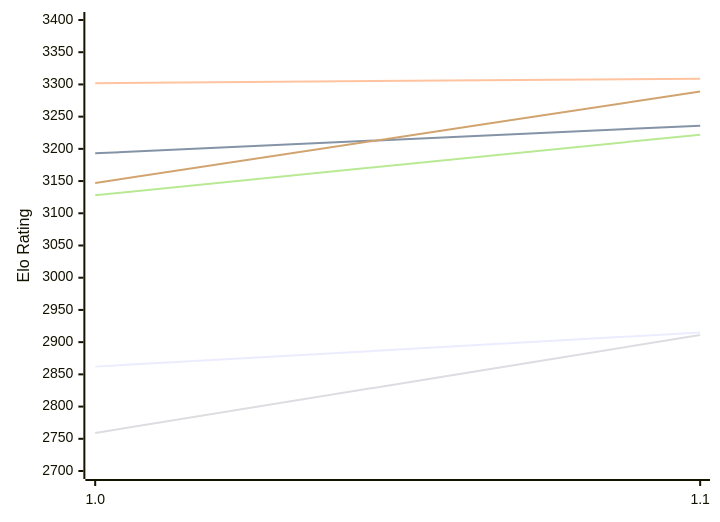
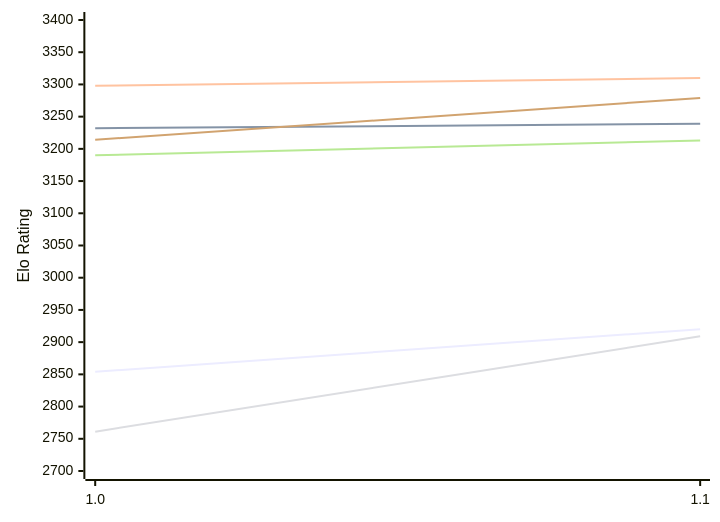
One commit to computer-chess-index/cci changed the first of 2 diagrams in engines/RodentV.md. Above: the diagram before and after it, drawn with Mermaid. The commit also changed other lines of this file, not shown here.

Commit message:
Update CCI Ratings (ELO VLTC) - 2026-11-15

````diff
--- a/engines/RodentV.md
+++ b/engines/RodentV.md
@@ -50,12 +50,12 @@
 ```mermaid
 %%{init: {"theme":"base","themeVariables":{"seriesColors:['#a3a3a3','#222221','#faa371']}}}%%
 xychart-beta
   x-axis ["1.0", "1.1"]
   y-axis "Elo Rating" 2700 --> 3400
-  line "E1: STC (8.0+0.08s)" [2862, 2915]
-  line "E1: LTC (60.0+0.60s)" [3193, 3236]
-  line "E1: VLTC (2m24s+1.12s)" [3302, 3309]
-  line "P1: STC (8.0+0.08s)" [2759, 2911]
-  line "P1: LTC (60.0+0.60s)" [3128, 3222]
-  line "P1: VLTC (2m24s+1.12s)" [3147, 3289]
+  line "E1: STC (8.0+0.08s)" [2854, 2920]
+  line "E1: LTC (60.0+0.60s)" [3232, 3239]
+  line "E1: VLTC (2m24s+1.12s)" [3298, 3310]
+  line "P1: STC (8.0+0.08s)" [2761, 2909]
+  line "P1: LTC (60.0+0.60s)" [3190, 3213]
+  line "P1: VLTC (2m24s+1.12s)" [3214, 3279]
 ```
````
